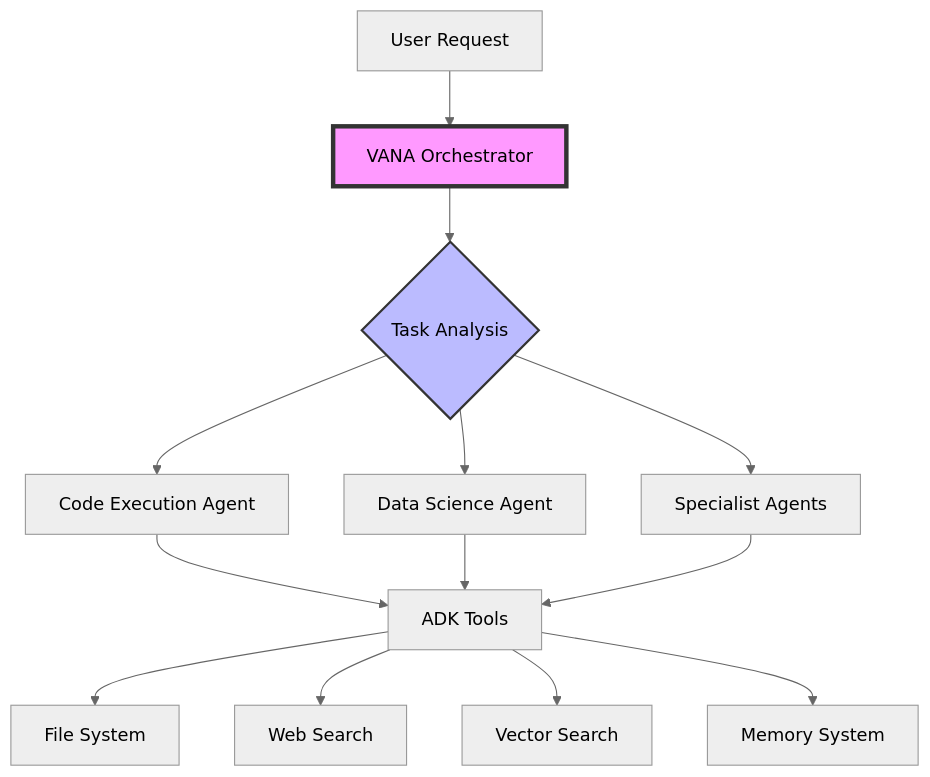
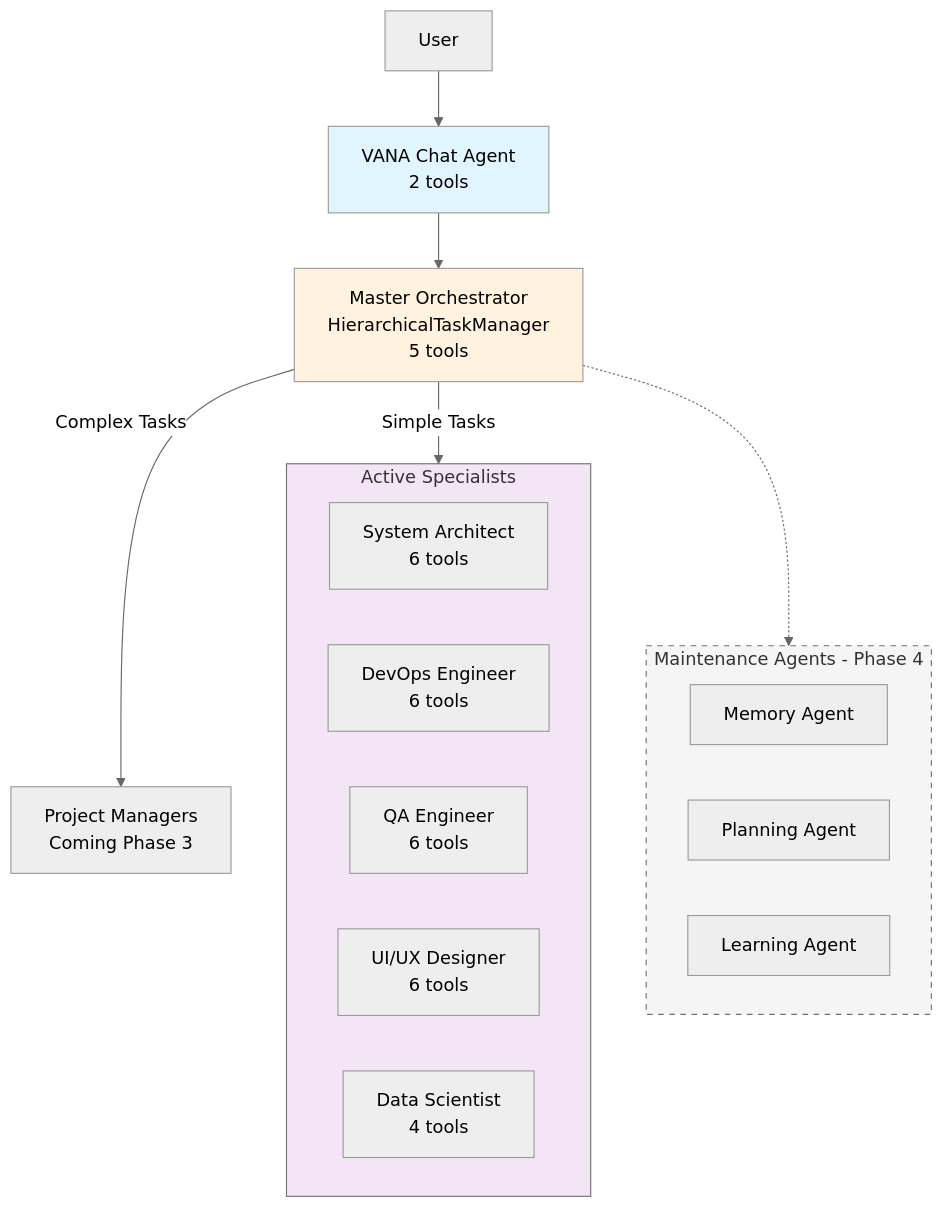
Before and after one commit to NickB03/vana: the first of 3 diagrams in README.md, drawn with Mermaid (neutral theme). The commit also changed other lines of this file and 28 other files, not shown here.

First line of the commit message:
feat: implement Phase 1 hierarchical agentic AI system

````diff
--- a/README.md
+++ b/README.md
@@ -78,20 +153,29 @@
 ```mermaid
 graph TD
-    A[User Request] --> B[VANA Orchestrator]
-    B --> C{Task Analysis}
-    C --> D[Code Execution Agent]
-    C --> E[Data Science Agent]
-    C --> F[Specialist Agents]
+    User[User] --> VANA[VANA Chat Agent<br/>2 tools]
+    VANA --> MO[Master Orchestrator<br/>HierarchicalTaskManager<br/>5 tools]
     
-    D --> G[ADK Tools]
-    E --> G
-    F --> G
+    MO --> |Simple Tasks| Specialists
+    MO --> |Complex Tasks| PM[Project Managers<br/>Coming Phase 3]
     
-    G --> H[File System]
-    G --> I[Web Search]
-    G --> J[Vector Search]
-    G --> K[Memory System]
+    subgraph Specialists[Active Specialists]
+        SA[System Architect<br/>6 tools]
+        DO[DevOps Engineer<br/>6 tools]
+        QA[QA Engineer<br/>6 tools]
+        UI[UI/UX Designer<br/>6 tools]
+        DS[Data Scientist<br/>4 tools]
+    end
     
-    style B fill:#f9f,stroke:#333,stroke-width:4px
-    style C fill:#bbf,stroke:#333,stroke-width:2px
+    subgraph Maintenance[Maintenance Agents - Phase 4]
+        MA[Memory Agent]
+        PA[Planning Agent]
+        LA[Learning Agent]
+    end
+    
+    MO -.-> Maintenance
+    
+    style VANA fill:#e1f5fe
+    style MO fill:#fff3e0
+    style Specialists fill:#f3e5f5
+    style Maintenance fill:#f5f5f5,stroke-dasharray: 5 5
 ```
````
